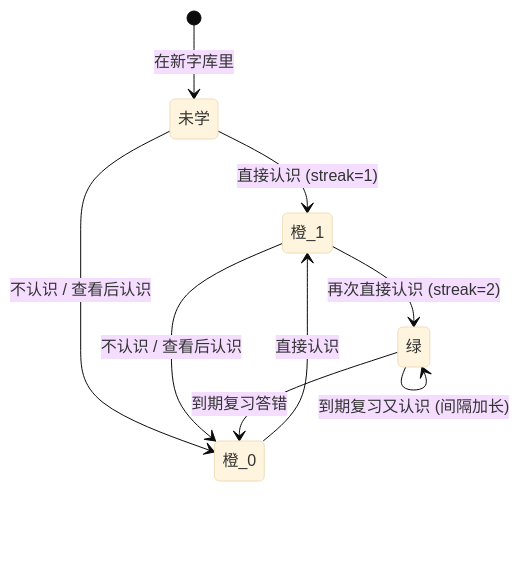
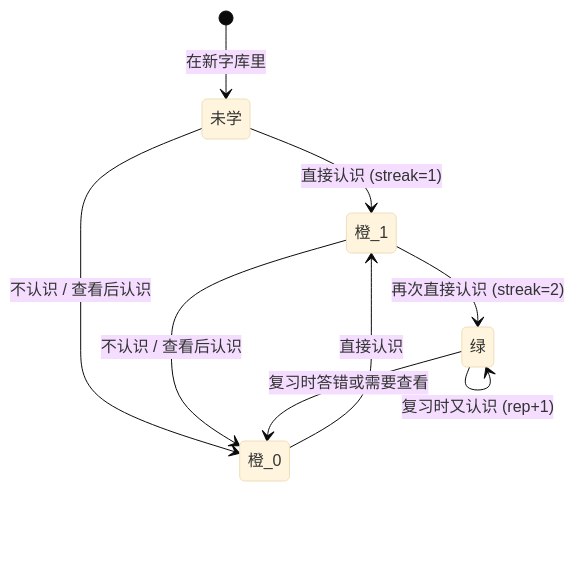
The diagram in DESIGN.md (espesor/XueHanZi), drawn with Mermaid (base theme) before and after one commit. The commit also changed other lines of this file, not shown here.

````diff
--- a/DESIGN.md
+++ b/DESIGN.md
@@ -167,11 +167,11 @@
 ```mermaid
 stateDiagram-v2
     [*] --> 未学: 在新字库里
     未学 --> 橙_1: 直接认识 (streak=1)
     未学 --> 橙_0: 不认识 / 查看后认识
     橙_0 --> 橙_1: 直接认识
     橙_1 --> 绿: 再次直接认识 (streak=2)
     橙_1 --> 橙_0: 不认识 / 查看后认识
-    绿 --> 绿: 到期复习又认识 (间隔加长)
-    绿 --> 橙_0: 到期复习答错
+    绿 --> 绿: 复习时又认识 (rep+1)
+    绿 --> 橙_0: 复习时答错或需要查看
 ```
````
